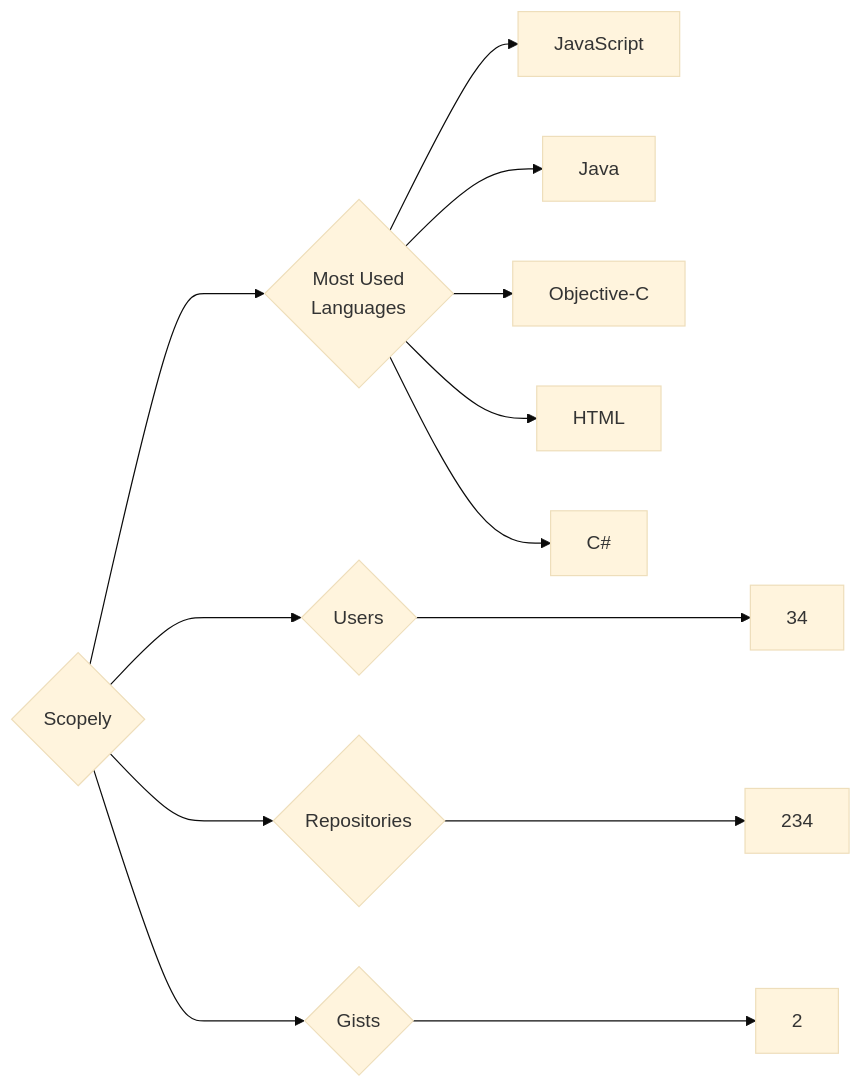
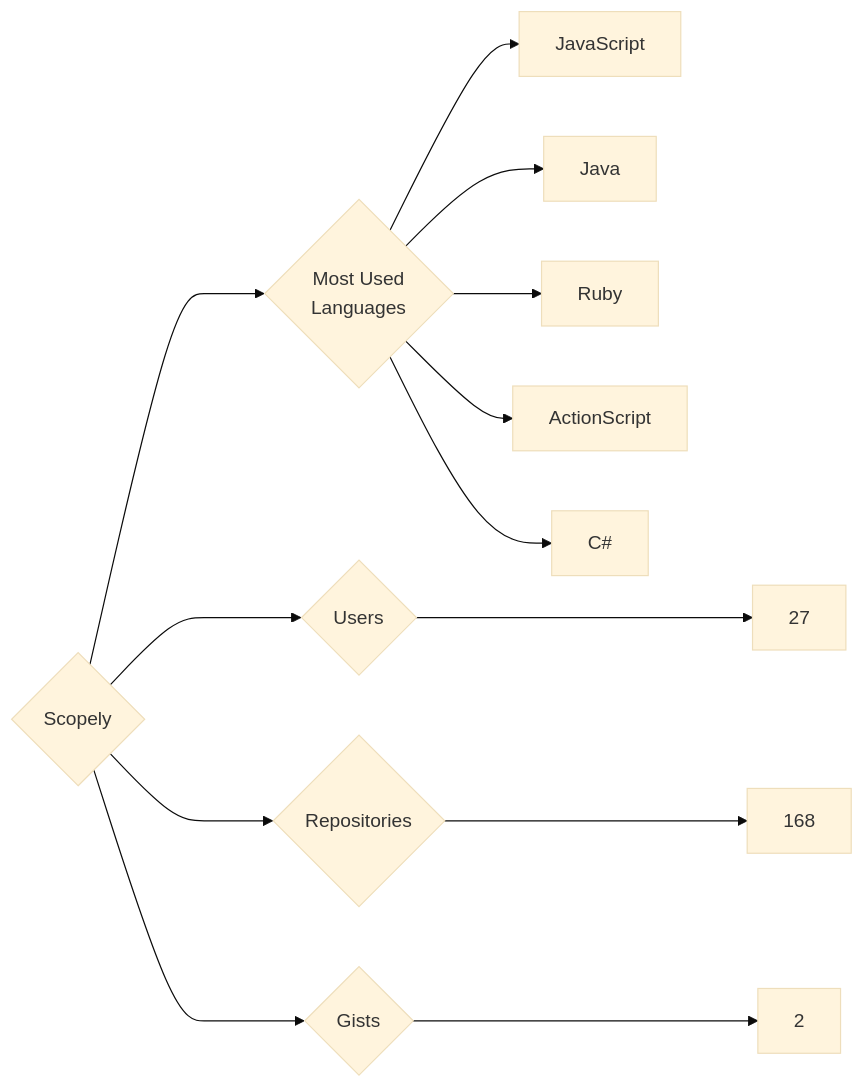
The diagram in targets/Scopely/README.md (trickest/insiders), drawn with Mermaid (base theme) before and after one commit. The commit also changed 682 other files, not shown here.

````diff
--- a/targets/Scopely/README.md
+++ b/targets/Scopely/README.md
@@ -3,13 +3,13 @@
 ```mermaid
 graph LR
 COMPANY_NAME{Scopely}
-COMPANY_NAME ---> U{Users} ---> UN[34]
-COMPANY_NAME ---> R{Repositories} ---> RN[234]
+COMPANY_NAME ---> U{Users} ---> UN[27]
+COMPANY_NAME ---> R{Repositories} ---> RN[168]
 COMPANY_NAME ---> G{Gists} ---> GN[2]
 COMPANY_NAME ---> ML{Most Used<br>Languages}
 ML --> JavaScript[JavaScript]
 ML --> Java[Java]
-ML --> Objective-C[Objective-C]
-ML --> HTML[HTML]
+ML --> Ruby[Ruby]
+ML --> ActionScript[ActionScript]
 ML --> C#[C#]
 ```
````
